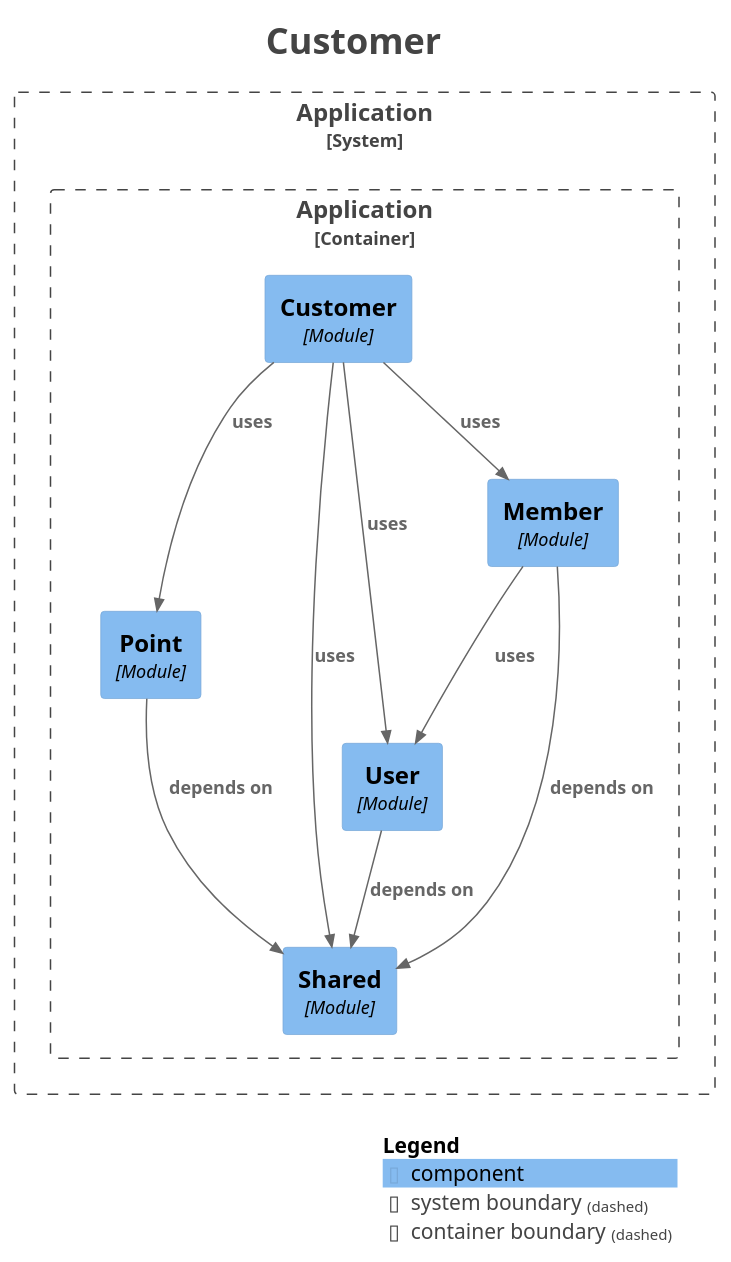
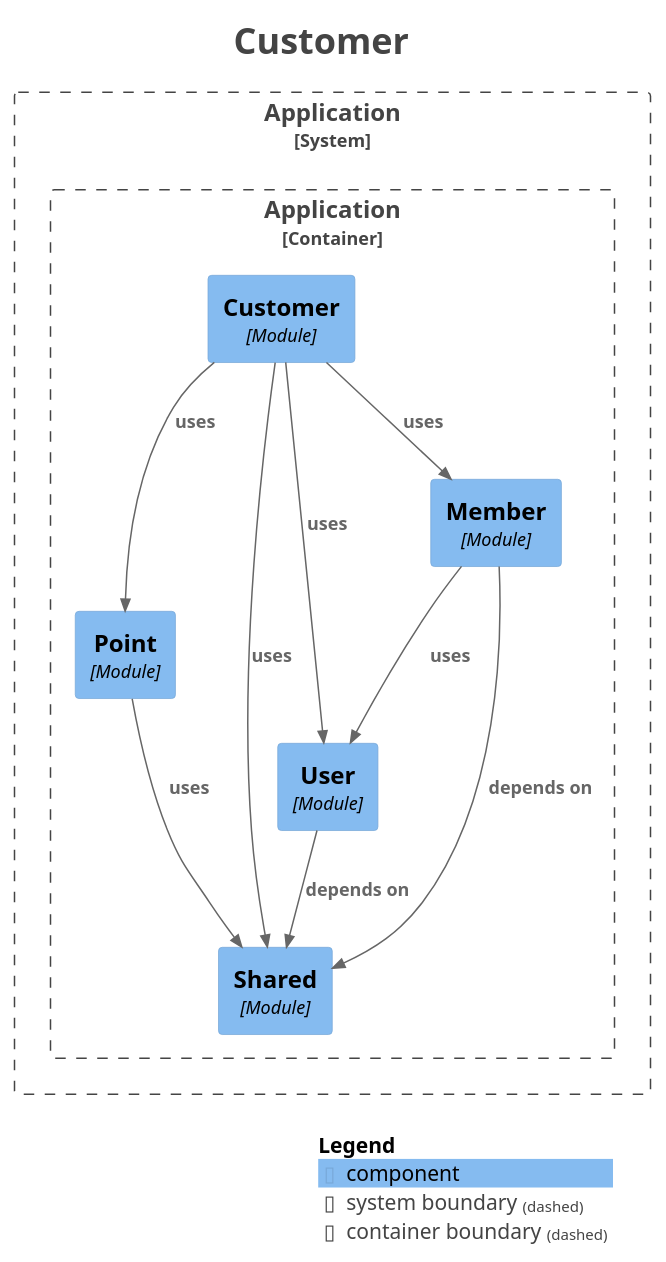
Before and after one commit to kanghouchao/Kizuna: the diagram in backend/docs/modulith/module-customer.puml, drawn with PlantUML. The commit also changed 28 other files, not shown here.

```diff
--- a/backend/docs/modulith/module-customer.puml
+++ b/backend/docs/modulith/module-customer.puml
@@ -1,40 +1,40 @@
 @startuml
 title <size:24>Customer</size>
 
 set separator none
 top to bottom direction
 
 <style>
   root {
     BackgroundColor: #ffffff
     FontColor: #444444
   }
 </style>
 
 !include <C4/C4>
 !include <C4/C4_Context>
 !include <C4/C4_Component>
 
 System_Boundary("Application_boundary", "Application", $tags="") {
   Container_Boundary("Application.Application_boundary", "Application", $tags="") {
     Component(Application.Application.Point, "Point", $techn="Module", $descr="", $tags="", $link="")
     Component(Application.Application.Customer, "Customer", $techn="Module", $descr="", $tags="", $link="")
     Component(Application.Application.Shared, "Shared", $techn="Module", $descr="", $tags="", $link="")
     Component(Application.Application.User, "User", $techn="Module", $descr="", $tags="", $link="")
     Component(Application.Application.Member, "Member", $techn="Module", $descr="", $tags="", $link="")
   }
 
 }
 
+Rel(Application.Application.User, Application.Application.Shared, "depends on", $techn="", $tags="", $link="")
+Rel(Application.Application.Member, Application.Application.Shared, "depends on", $techn="", $tags="", $link="")
+Rel(Application.Application.Member, Application.Application.User, "uses", $techn="", $tags="", $link="")
+Rel(Application.Application.Point, Application.Application.Shared, "uses", $techn="", $tags="", $link="")
 Rel(Application.Application.Customer, Application.Application.Member, "uses", $techn="", $tags="", $link="")
 Rel(Application.Application.Customer, Application.Application.User, "uses", $techn="", $tags="", $link="")
 Rel(Application.Application.Customer, Application.Application.Point, "uses", $techn="", $tags="", $link="")
 Rel(Application.Application.Customer, Application.Application.Shared, "uses", $techn="", $tags="", $link="")
-Rel(Application.Application.Member, Application.Application.Shared, "depends on", $techn="", $tags="", $link="")
-Rel(Application.Application.Member, Application.Application.User, "uses", $techn="", $tags="", $link="")
-Rel(Application.Application.User, Application.Application.Shared, "depends on", $techn="", $tags="", $link="")
-Rel(Application.Application.Point, Application.Application.Shared, "depends on", $techn="", $tags="", $link="")
 
 SHOW_LEGEND(true)
 hide stereotypes
 @enduml
```
